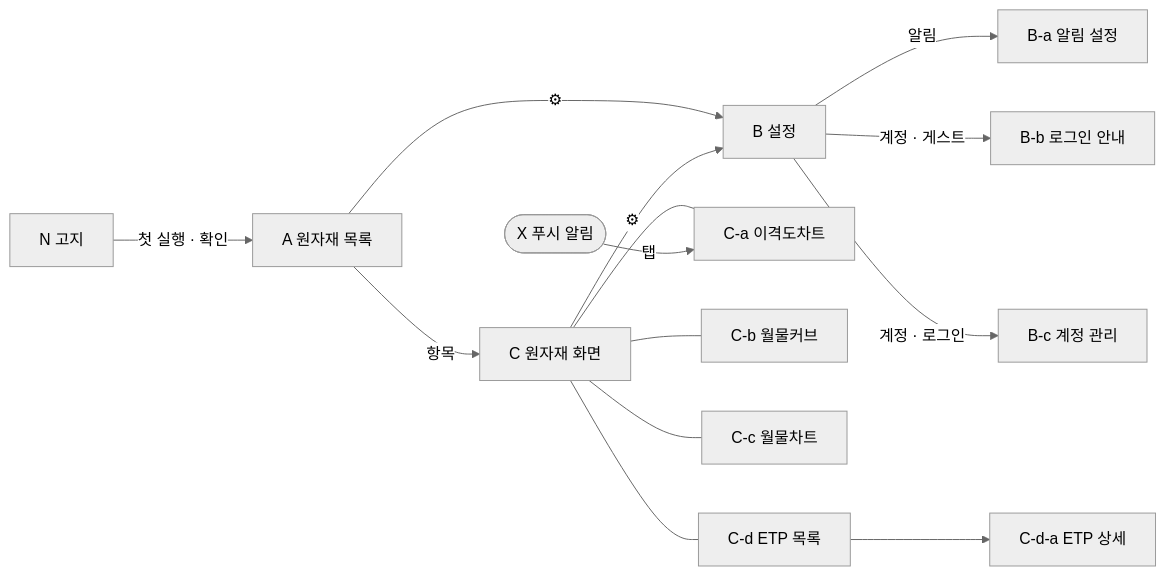
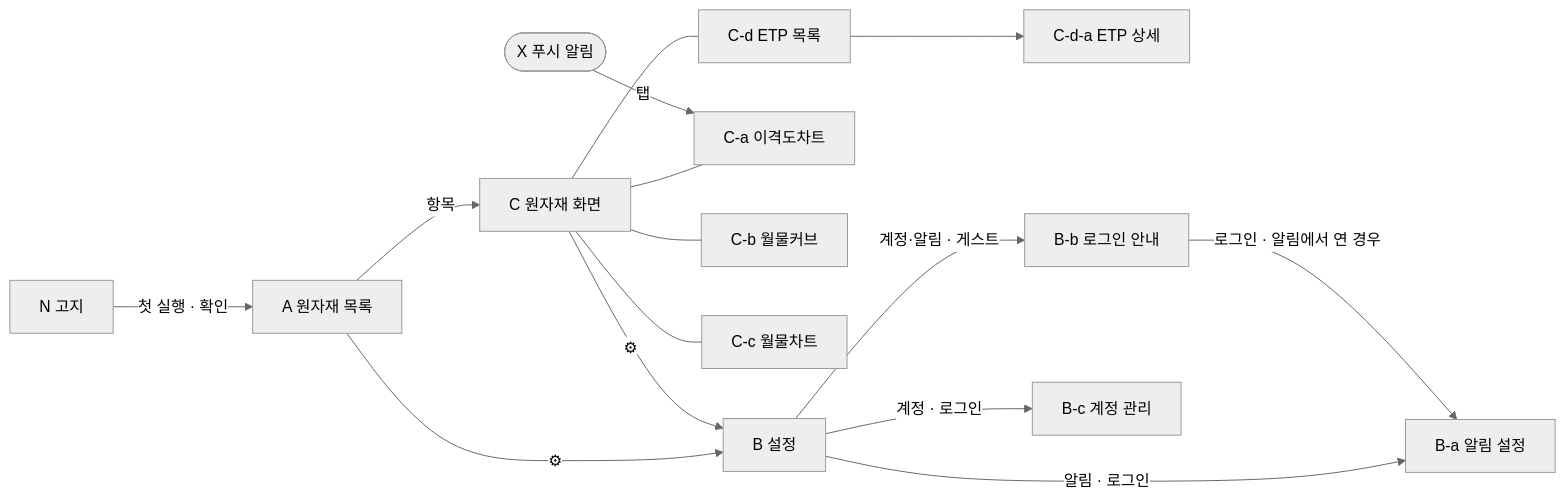
Before and after one commit to seyoun10/futureETP: the diagram in docs/wireframes/screens.md, drawn with Mermaid (neutral theme). The commit also changed other lines of this file and 1 other file, not shown here.

````diff
--- a/docs/wireframes/screens.md
+++ b/docs/wireframes/screens.md
@@ -24,13 +24,14 @@
 ```mermaid
 flowchart LR
     N[N 고지] -->|첫 실행 · 확인| A
     A[A 원자재 목록] -->|항목| C[C 원자재 화면]
     A -->|⚙| B[B 설정]
     C -->|⚙| B
     C --- Ca[C-a 이격도차트] & Cb[C-b 월물커브] & Cc[C-c 월물차트] & Cd[C-d ETP 목록]
     Cd --> Cda[C-d-a ETP 상세]
-    B -->|알림| Ba[B-a 알림 설정]
-    B -->|계정 · 게스트| Bb[B-b 로그인 안내]
+    B -->|알림 · 로그인| Ba[B-a 알림 설정]
+    B -->|계정·알림 · 게스트| Bb[B-b 로그인 안내]
+    Bb -->|로그인 · 알림에서 연 경우| Ba
     B -->|계정 · 로그인| Bc[B-c 계정 관리]
     X([X 푸시 알림]) -->|탭| Ca
 ```
````
